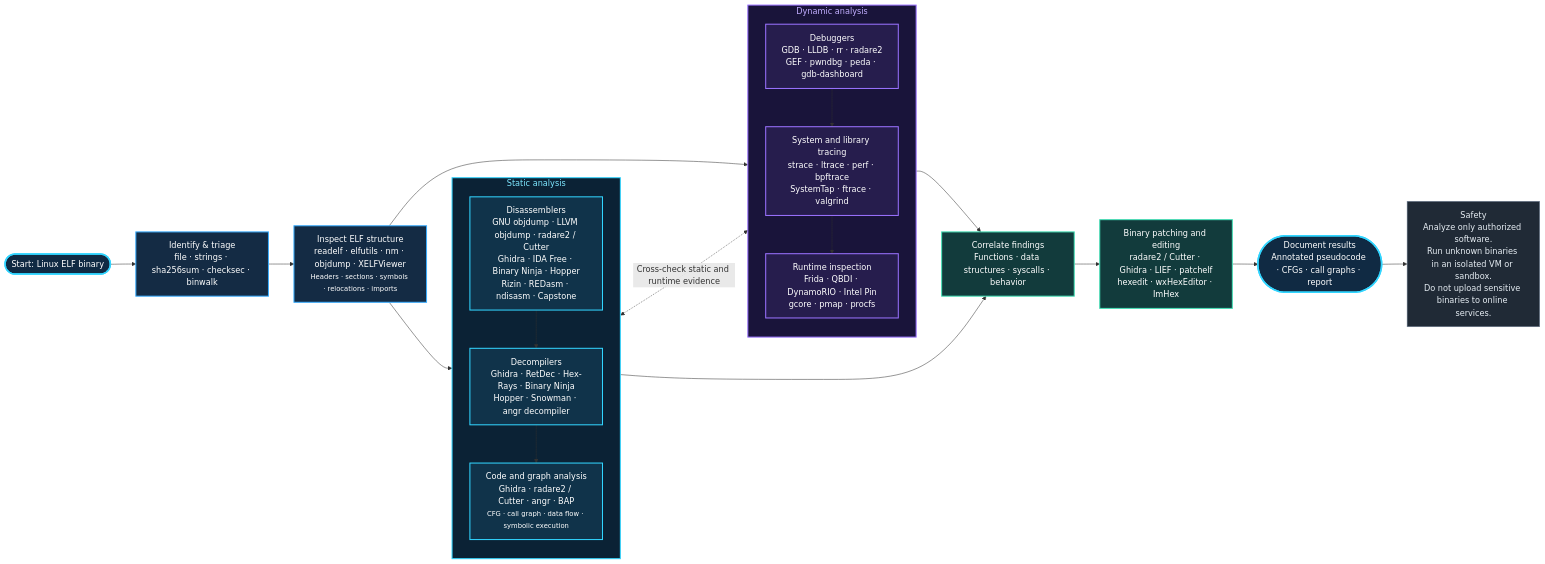
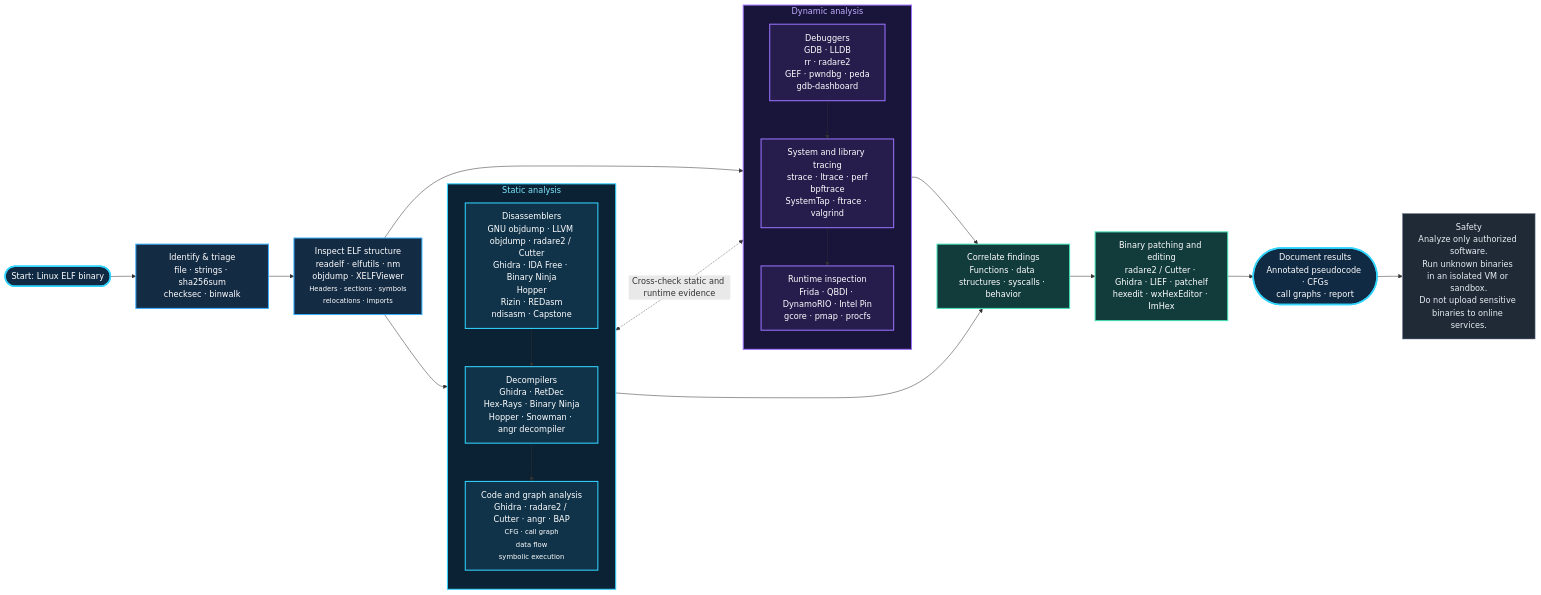
Before and after one commit to cybersecurity-dev/awesome-linux-reverse-engineering: the first of 2 diagrams in README.md, drawn with Mermaid. The commit also changed other lines of this file, not shown here.

Commit message:
++fixed flowchart

````diff
--- a/README.md
+++ b/README.md
@@ -8,54 +8,54 @@
 ```mermaid
 flowchart LR
-    A(["Start: Linux ELF binary"]) --> B["Identify & triage<br/>file · strings · sha256sum · checksec · binwalk"]
-    B --> C["Inspect ELF structure<br/>readelf · elfutils · nm · objdump · XELFViewer<br/><small>Headers · sections · symbols · relocations · imports</small>"]
+    A(["Start: Linux ELF binary"]) --> B["Identify & triage<br/>file · strings · sha256sum<br/>checksec · binwalk"]
+    B --> C["Inspect ELF structure<br/>readelf · elfutils · nm<br/>objdump · XELFViewer<br/><small>Headers · sections · symbols<br/>relocations · imports</small>"]
 
     C --> S0
     C --> D0
 
     subgraph STATIC["Static analysis"]
         direction TB
-        S0["Disassemblers<br/>GNU objdump · LLVM objdump · radare2 / Cutter<br/>Ghidra · IDA Free · Binary Ninja · Hopper<br/>Rizin · REDasm · ndisasm · Capstone"]
+        S0["Disassemblers<br/>GNU objdump · LLVM objdump · radare2 / Cutter<br/>Ghidra · IDA Free · Binary Ninja<br/>Hopper<br/>Rizin · REDasm<br/>ndisasm · Capstone"]
 
-        S0 --> S1["Decompilers<br/>Ghidra · RetDec · Hex-Rays · Binary Ninja<br/>Hopper · Snowman · angr decompiler"]
+        S0 --> S1["Decompilers<br/>Ghidra · RetDec<br/>Hex-Rays · Binary Ninja<br/>Hopper · Snowman · angr decompiler"]
 
-        S1 --> S2["Code and graph analysis<br/>Ghidra · radare2 / Cutter · angr · BAP<br/><small>CFG · call graph · data flow · symbolic execution</small>"]
+        S1 --> S2["Code and graph analysis<br/>Ghidra · radare2 / Cutter · angr · BAP<br/><small>CFG · call graph<br/>data flow<br/>symbolic execution</small>"]
     end
 
     subgraph DYNAMIC["Dynamic analysis"]
         direction TB
-        D0["Debuggers<br/>GDB · LLDB · rr · radare2<br/>GEF · pwndbg · peda · gdb-dashboard"]
+        D0["Debuggers<br/>GDB · LLDB<br/>rr · radare2<br/>GEF · pwndbg · peda<br/>gdb-dashboard"]
 
-        D0 --> D1["System and library tracing<br/>strace · ltrace · perf · bpftrace<br/>SystemTap · ftrace · valgrind"]
+        D0 --> D1["System and library tracing<br/>strace · ltrace · perf<br/>bpftrace<br/>SystemTap · ftrace · valgrind"]
 
         D1 --> D2["Runtime inspection<br/>Frida · QBDI · DynamoRIO · Intel Pin<br/>gcore · pmap · procfs"]
     end
 
     S0 <-. "Cross-check static and runtime evidence" .-> D0
 
     S2 --> E["Correlate findings<br/>Functions · data structures · syscalls · behavior"]
     D2 --> E
 
     E --> F["Binary patching and editing<br/>radare2 / Cutter · Ghidra · LIEF · patchelf<br/>hexedit · wxHexEditor · ImHex"]
 
-    F --> G(["Document results<br/>Annotated pseudocode · CFGs · call graphs · report"])
+    F --> G(["Document results<br/>Annotated pseudocode · CFGs<br/>call graphs · report"])
 
     G --> H["Safety<br/>Analyze only authorized software.<br/>Run unknown binaries in an isolated VM or sandbox.<br/>Do not upload sensitive binaries to online services."]
 
     classDef startEnd fill:#102a43,stroke:#32d5ff,color:#ffffff,stroke-width:3px;
     classDef common fill:#142b44,stroke:#3aaeff,color:#ffffff,stroke-width:2px;
     classDef static fill:#10334a,stroke:#32d5ff,color:#ffffff,stroke-width:2px;
     classDef dynamic fill:#261d4d,stroke:#9a72ff,color:#ffffff,stroke-width:2px;
     classDef result fill:#123b3c,stroke:#45e0b7,color:#ffffff,stroke-width:2px;
     classDef safety fill:#202a36,stroke:#718096,color:#e6edf3,stroke-width:1px;
 
     class A,G startEnd;
     class B,C common;
     class S0,S1,S2 static;
     class D0,D1,D2 dynamic;
     class E,F result;
     class H safety;
 
     style STATIC fill:#0b2235,stroke:#32d5ff,stroke-width:2px,color:#7ee7ff
     style DYNAMIC fill:#19143a,stroke:#9a72ff,stroke-width:2px,color:#c1adff
 ```
````
